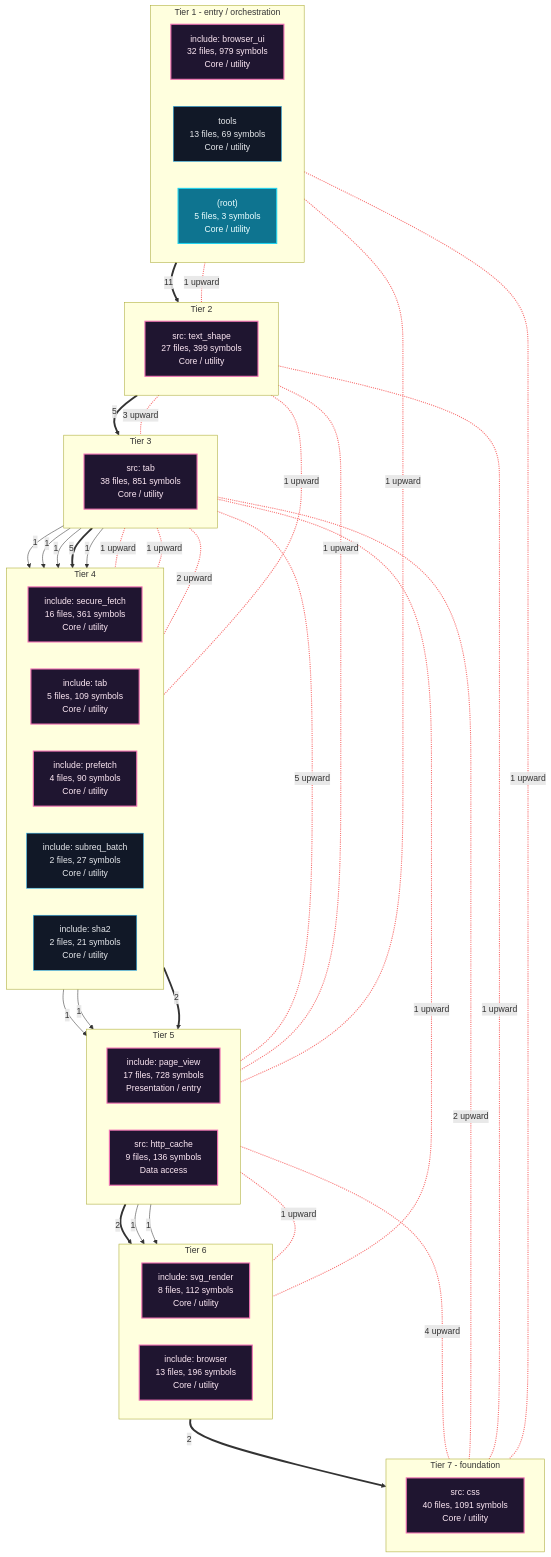
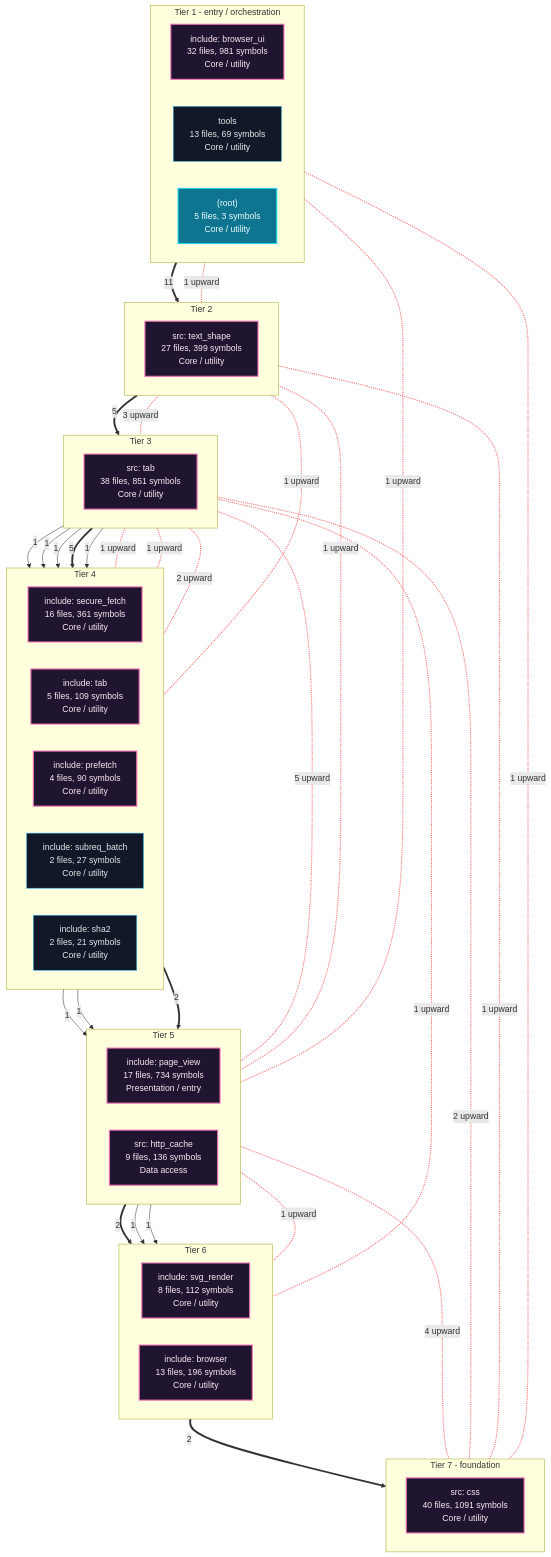
One commit to grisuno/FreeDom changed the first of 6 diagrams in readmenator-apidocs/architecture.md. Above: the diagram before and after it, drawn with Mermaid. The commit also changed 124 other files, not shown here.

````diff
--- a/readmenator-apidocs/architecture.md
+++ b/readmenator-apidocs/architecture.md
@@ -11,78 +11,78 @@
 ```mermaid
 flowchart TB
     classDef cycle fill:#1f1530,stroke:#f472b6,color:#fce7f3,stroke-width:2px;
     classDef default fill:#111827,stroke:#38bdf8,color:#e5e7eb;
     classDef entry fill:#0e7490,stroke:#22d3ee,color:#ecfeff,stroke-width:2px;
     subgraph lane_0["Tier 1 - entry / orchestration"]
         direction LR
-        n_c2["include: browser_ui<br/>32 files, 979 symbols<br/>Core / utility"]:::cycle
+        n_c2["include: browser_ui<br/>32 files, 981 symbols<br/>Core / utility"]:::cycle
         n_d_tools["tools<br/>13 files, 69 symbols<br/>Core / utility"]:::default
         n_d__root_["(root)<br/>5 files, 3 symbols<br/>Core / utility"]:::entry
     end
     subgraph lane_1["Tier 2"]
         direction LR
         n_c3["src: text_shape<br/>27 files, 399 symbols<br/>Core / utility"]:::cycle
     end
     subgraph lane_2["Tier 3"]
         direction LR
         n_c1["src: tab<br/>38 files, 851 symbols<br/>Core / utility"]:::cycle
     end
     subgraph lane_3["Tier 4"]
         direction LR
         n_c5["include: secure_fetch<br/>16 files, 361 symbols<br/>Core / utility"]:::cycle
         n_c9["include: tab<br/>5 files, 109 symbols<br/>Core / utility"]:::cycle
         n_c10["include: prefetch<br/>4 files, 90 symbols<br/>Core / utility"]:::cycle
         n_c12["include: subreq_batch<br/>2 files, 27 symbols<br/>Core / utility"]:::default
         n_c11["include: sha2<br/>2 files, 21 symbols<br/>Core / utility"]:::default
     end
     subgraph lane_4["Tier 5"]
         direction LR
-        n_c4["include: page_view<br/>17 files, 728 symbols<br/>Presentation / entry"]:::cycle
+        n_c4["include: page_view<br/>17 files, 734 symbols<br/>Presentation / entry"]:::cycle
         n_c7["src: http_cache<br/>9 files, 136 symbols<br/>Data access"]:::cycle
     end
     subgraph lane_5["Tier 6"]
         direction LR
         n_c8["include: svg_render<br/>8 files, 112 symbols<br/>Core / utility"]:::cycle
         n_c6["include: browser<br/>13 files, 196 symbols<br/>Core / utility"]:::cycle
     end
     subgraph lane_6["Tier 7 - foundation"]
         direction LR
         n_c0["src: css<br/>40 files, 1091 symbols<br/>Core / utility"]:::cycle
     end
     n_c1 -->|"1"| n_c10
     n_c1 -->|"1"| n_c11
     n_c1 -->|"1"| n_c12
     n_c1 ==>|"5"| n_c5
     n_c1 -->|"1"| n_c9
     n_c2 ==>|"11"| n_c3
     n_c3 ==>|"5"| n_c1
     n_c4 ==>|"2"| n_c6
     n_c4 -->|"1"| n_c8
     n_c5 -->|"1"| n_c4
     n_c5 -->|"1"| n_c7
     n_c7 -->|"1"| n_c6
     n_c8 ==>|"2"| n_c0
     n_c9 ==>|"2"| n_c4
     n_c1 <-.-|"2 upward"| n_c0
     n_c2 <-.-|"1 upward"| n_c0
     n_c3 <-.-|"1 upward"| n_c0
     n_c4 <-.-|"4 upward"| n_c0
     n_c3 <-.-|"3 upward"| n_c1
     n_c1 <-.-|"1 upward"| n_c10
     n_c2 <-.-|"1 upward"| n_c3
     n_c1 <-.-|"5 upward"| n_c4
     n_c3 <-.-|"1 upward"| n_c4
     n_c1 <-.-|"1 upward"| n_c5
     n_c3 <-.-|"1 upward"| n_c5
     n_c1 <-.-|"1 upward"| n_c6
     n_c2 <-.-|"1 upward"| n_c7
     n_c4 <-.-|"1 upward"| n_c8
     n_c1 <-.-|"2 upward"| n_c9
     linkStyle 14,15,16,17,18,19,20,21,22,23,24,25,26,27,28 stroke:#f87171,stroke-width:2px;
     n_c2 ~~~ n_c3
     n_c3 ~~~ n_c1
     n_c1 ~~~ n_c5
     n_c5 ~~~ n_c4
     n_c4 ~~~ n_c8
     n_c8 ~~~ n_c0
 ```
````
